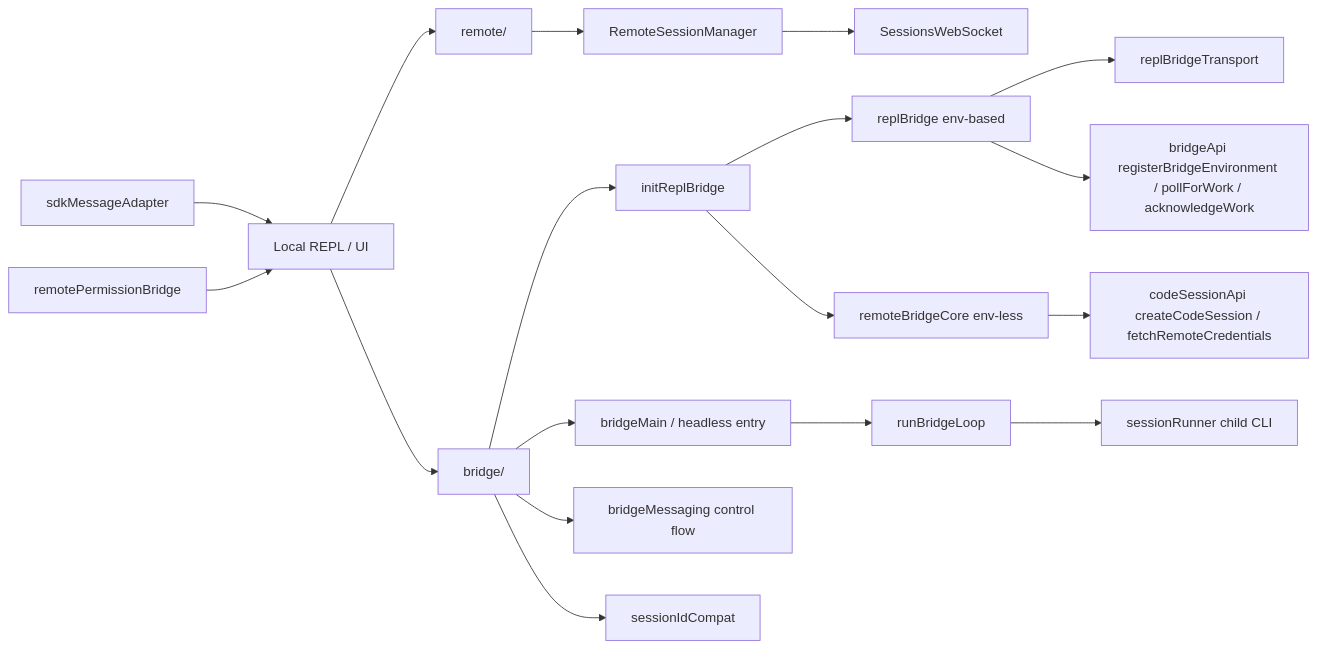
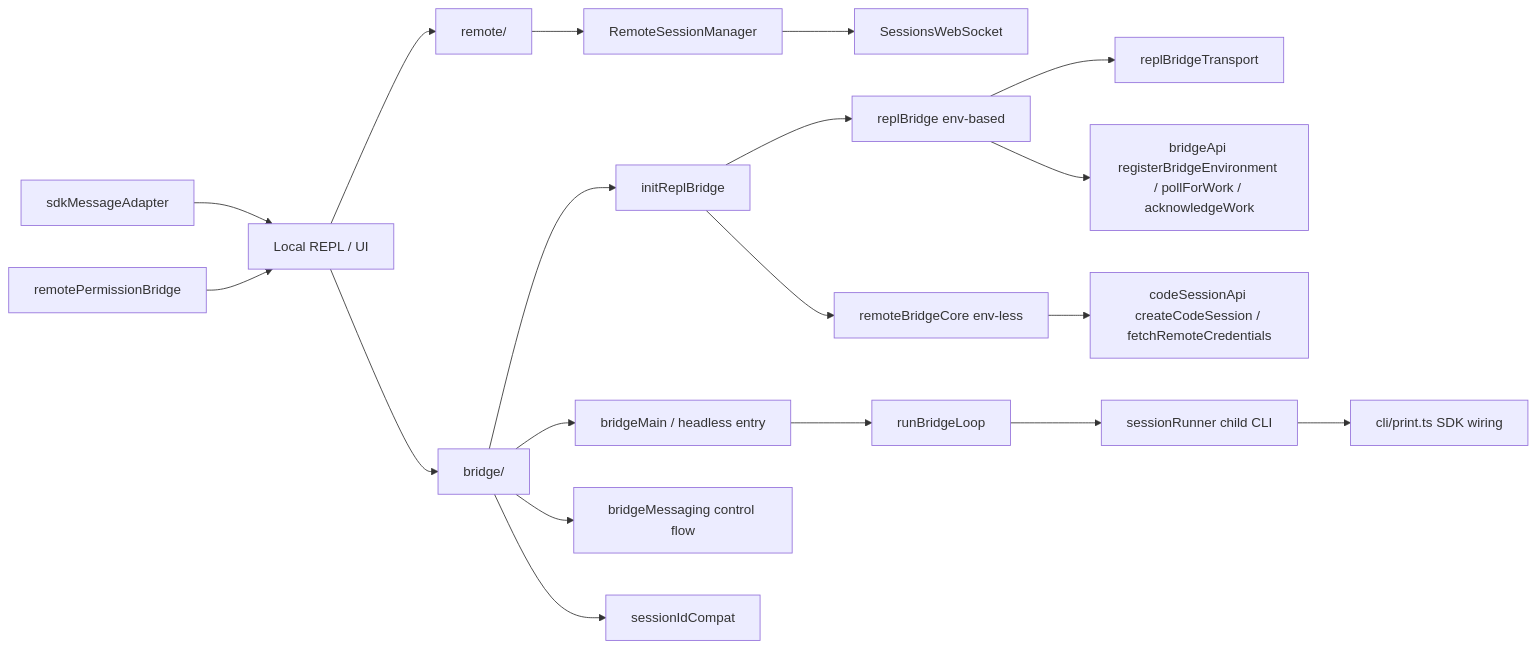
One commit to Boulea7/ClaudeCode-Source-DeepDive changed the diagram in MODULES/07-remote-session-bridge-and-sdk/DEEP/README.md. Above: the diagram before and after it, drawn with Mermaid. The commit also changed other lines of this file and 8 other files, not shown here.

````diff
--- a/MODULES/07-remote-session-bridge-and-sdk/DEEP/README.md
+++ b/MODULES/07-remote-session-bridge-and-sdk/DEEP/README.md
@@ -199,21 +206,22 @@
 ```mermaid
 flowchart LR
     A[Local REPL / UI] --> B[remote/]
     B --> C[RemoteSessionManager]
     C --> D[SessionsWebSocket]
     E[sdkMessageAdapter] --> A
     F[remotePermissionBridge] --> A
 
     A --> G[bridge/]
     G --> H[initReplBridge]
     H --> I[replBridge env-based]
     H --> J[remoteBridgeCore env-less]
     I --> N[replBridgeTransport]
     I --> K[bridgeApi registerBridgeEnvironment / pollForWork / acknowledgeWork]
     J --> L[codeSessionApi createCodeSession / fetchRemoteCredentials]
     G --> M[bridgeMain / headless entry]
     M --> O[runBridgeLoop]
     O --> P[sessionRunner child CLI]
+    P --> S[cli/print.ts SDK wiring]
     G --> Q[bridgeMessaging control flow]
     G --> R[sessionIdCompat]
 ```
````
